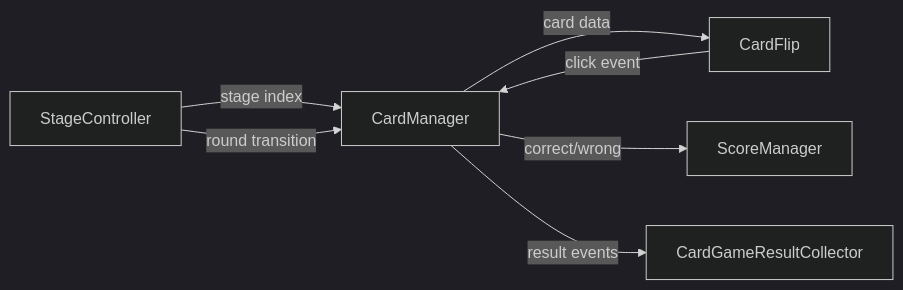
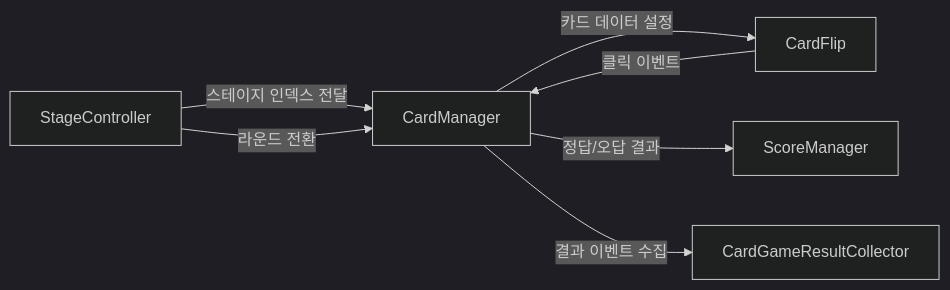
Before and after one commit to yangwonkyu/memoleaf: the sixth of 6 diagrams in docs/content-flowcharts.md, drawn with Mermaid (dark theme). The commit also changed other lines of this file and 4 other files, not shown here.

Commit message:
Document Korean flowcharts and custom presentation work

````diff
--- a/docs/content-flowcharts.md
+++ b/docs/content-flowcharts.md
@@ -112,9 +112,9 @@
 ```mermaid
 flowchart LR
-    A[StageController] -->|stage index| B[CardManager]
-    B -->|card data| C[CardFlip]
-    C -->|click event| B
-    B -->|correct/wrong| D[ScoreManager]
-    B -->|result events| E[CardGameResultCollector]
-    A -->|round transition| B
+    A[StageController] -->|스테이지 인덱스 전달| B[CardManager]
+    B -->|카드 데이터 설정| C[CardFlip]
+    C -->|클릭 이벤트| B
+    B -->|정답/오답 결과| D[ScoreManager]
+    B -->|결과 이벤트 수집| E[CardGameResultCollector]
+    A -->|라운드 전환| B
 ```
````
